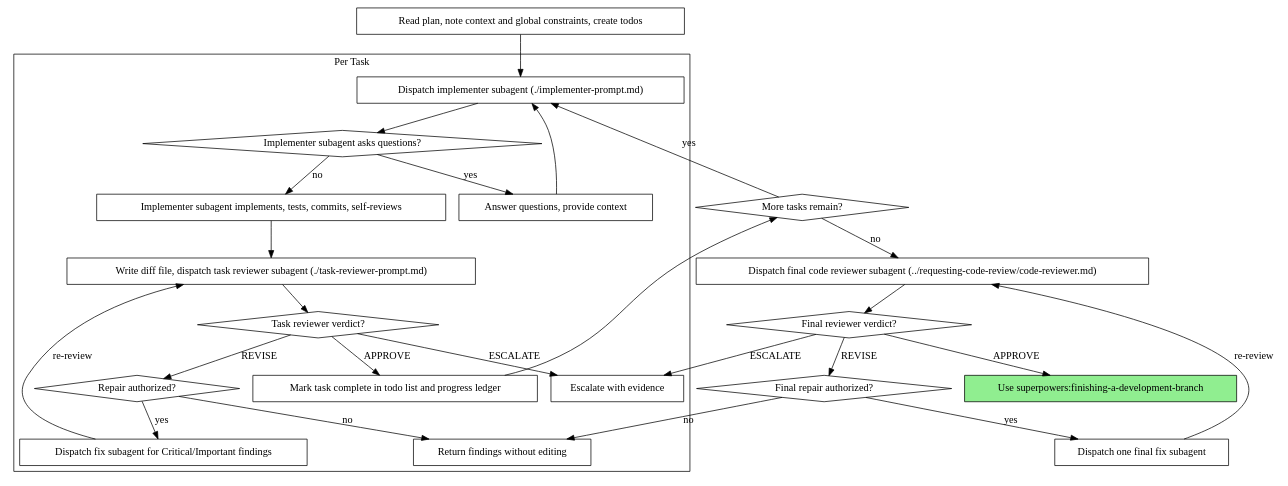
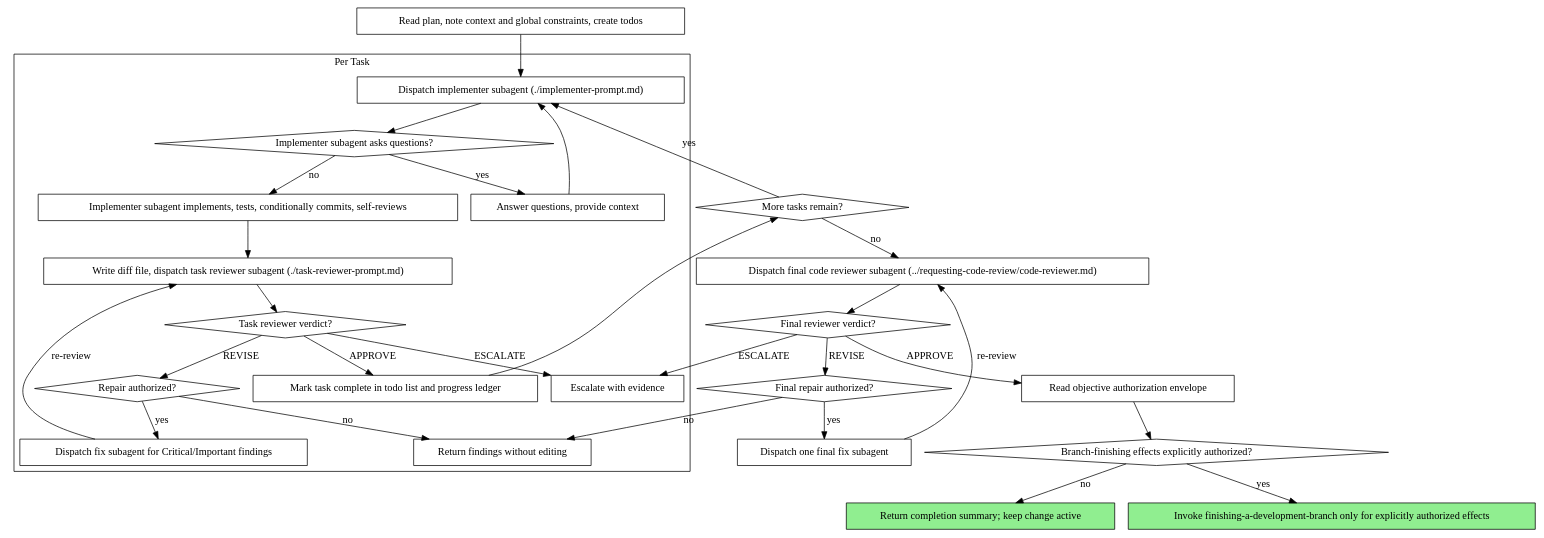
The second of 2 diagrams in assets/claude/superpowers/skills/subagent-driven-development/SKILL.md (asjayli/Forgevia), drawn with Graphviz before and after one commit. The commit also changed other lines of this file and 42 other files, not shown here.

````diff
--- a/assets/claude/superpowers/skills/subagent-driven-development/SKILL.md
+++ b/assets/claude/superpowers/skills/subagent-driven-development/SKILL.md
@@ -47,52 +47,58 @@
 ```dot
 digraph process {
     rankdir=TB;
 
     subgraph cluster_per_task {
         label="Per Task";
         "Dispatch implementer subagent (./implementer-prompt.md)" [shape=box];
         "Implementer subagent asks questions?" [shape=diamond];
         "Answer questions, provide context" [shape=box];
-        "Implementer subagent implements, tests, commits, self-reviews" [shape=box];
+        "Implementer subagent implements, tests, conditionally commits, self-reviews" [shape=box];
         "Write diff file, dispatch task reviewer subagent (./task-reviewer-prompt.md)" [shape=box];
         "Task reviewer verdict?" [shape=diamond];
         "Repair authorized?" [shape=diamond];
         "Dispatch fix subagent for Critical/Important findings" [shape=box];
         "Return findings without editing" [shape=box];
         "Escalate with evidence" [shape=box];
         "Mark task complete in todo list and progress ledger" [shape=box];
     }
 
     "Read plan, note context and global constraints, create todos" [shape=box];
     "More tasks remain?" [shape=diamond];
     "Dispatch final code reviewer subagent (../requesting-code-review/code-reviewer.md)" [shape=box];
     "Final reviewer verdict?" [shape=diamond];
     "Final repair authorized?" [shape=diamond];
     "Dispatch one final fix subagent" [shape=box];
-    "Use superpowers:finishing-a-development-branch" [shape=box style=filled fillcolor=lightgreen];
+    "Read objective authorization envelope" [shape=box];
+    "Branch-finishing effects explicitly authorized?" [shape=diamond];
+    "Return completion summary; keep change active" [shape=box style=filled fillcolor=lightgreen];
+    "Invoke finishing-a-development-branch only for explicitly authorized effects" [shape=box style=filled fillcolor=lightgreen];
 
     "Read plan, note context and global constraints, create todos" -> "Dispatch implementer subagent (./implementer-prompt.md)";
     "Dispatch implementer subagent (./implementer-prompt.md)" -> "Implementer subagent asks questions?";
     "Implementer subagent asks questions?" -> "Answer questions, provide context" [label="yes"];
     "Answer questions, provide context" -> "Dispatch implementer subagent (./implementer-prompt.md)";
-    "Implementer subagent asks questions?" -> "Implementer subagent implements, tests, commits, self-reviews" [label="no"];
-    "Implementer subagent implements, tests, commits, self-reviews" -> "Write diff file, dispatch task reviewer subagent (./task-reviewer-prompt.md)";
+    "Implementer subagent asks questions?" -> "Implementer subagent implements, tests, conditionally commits, self-reviews" [label="no"];
+    "Implementer subagent implements, tests, conditionally commits, self-reviews" -> "Write diff file, dispatch task reviewer subagent (./task-reviewer-prompt.md)";
     "Write diff file, dispatch task reviewer subagent (./task-reviewer-prompt.md)" -> "Task reviewer verdict?";
     "Task reviewer verdict?" -> "Repair authorized?" [label="REVISE"];
     "Repair authorized?" -> "Dispatch fix subagent for Critical/Important findings" [label="yes"];
     "Repair authorized?" -> "Return findings without editing" [label="no"];
     "Task reviewer verdict?" -> "Escalate with evidence" [label="ESCALATE"];
     "Dispatch fix subagent for Critical/Important findings" -> "Write diff file, dispatch task reviewer subagent (./task-reviewer-prompt.md)" [label="re-review"];
     "Task reviewer verdict?" -> "Mark task complete in todo list and progress ledger" [label="APPROVE"];
     "Mark task complete in todo list and progress ledger" -> "More tasks remain?";
     "More tasks remain?" -> "Dispatch implementer subagent (./implementer-prompt.md)" [label="yes"];
     "More tasks remain?" -> "Dispatch final code reviewer subagent (../requesting-code-review/code-reviewer.md)" [label="no"];
     "Dispatch final code reviewer subagent (../requesting-code-review/code-reviewer.md)" -> "Final reviewer verdict?";
-    "Final reviewer verdict?" -> "Use superpowers:finishing-a-development-branch" [label="APPROVE"];
+    "Final reviewer verdict?" -> "Read objective authorization envelope" [label="APPROVE"];
+    "Read objective authorization envelope" -> "Branch-finishing effects explicitly authorized?";
+    "Branch-finishing effects explicitly authorized?" -> "Invoke finishing-a-development-branch only for explicitly authorized effects" [label="yes"];
+    "Branch-finishing effects explicitly authorized?" -> "Return completion summary; keep change active" [label="no"];
     "Final reviewer verdict?" -> "Final repair authorized?" [label="REVISE"];
     "Final reviewer verdict?" -> "Escalate with evidence" [label="ESCALATE"];
     "Final repair authorized?" -> "Dispatch one final fix subagent" [label="yes"];
     "Final repair authorized?" -> "Return findings without editing" [label="no"];
     "Dispatch one final fix subagent" -> "Dispatch final code reviewer subagent (../requesting-code-review/code-reviewer.md)" [label="re-review"];
 }
 ```
````
